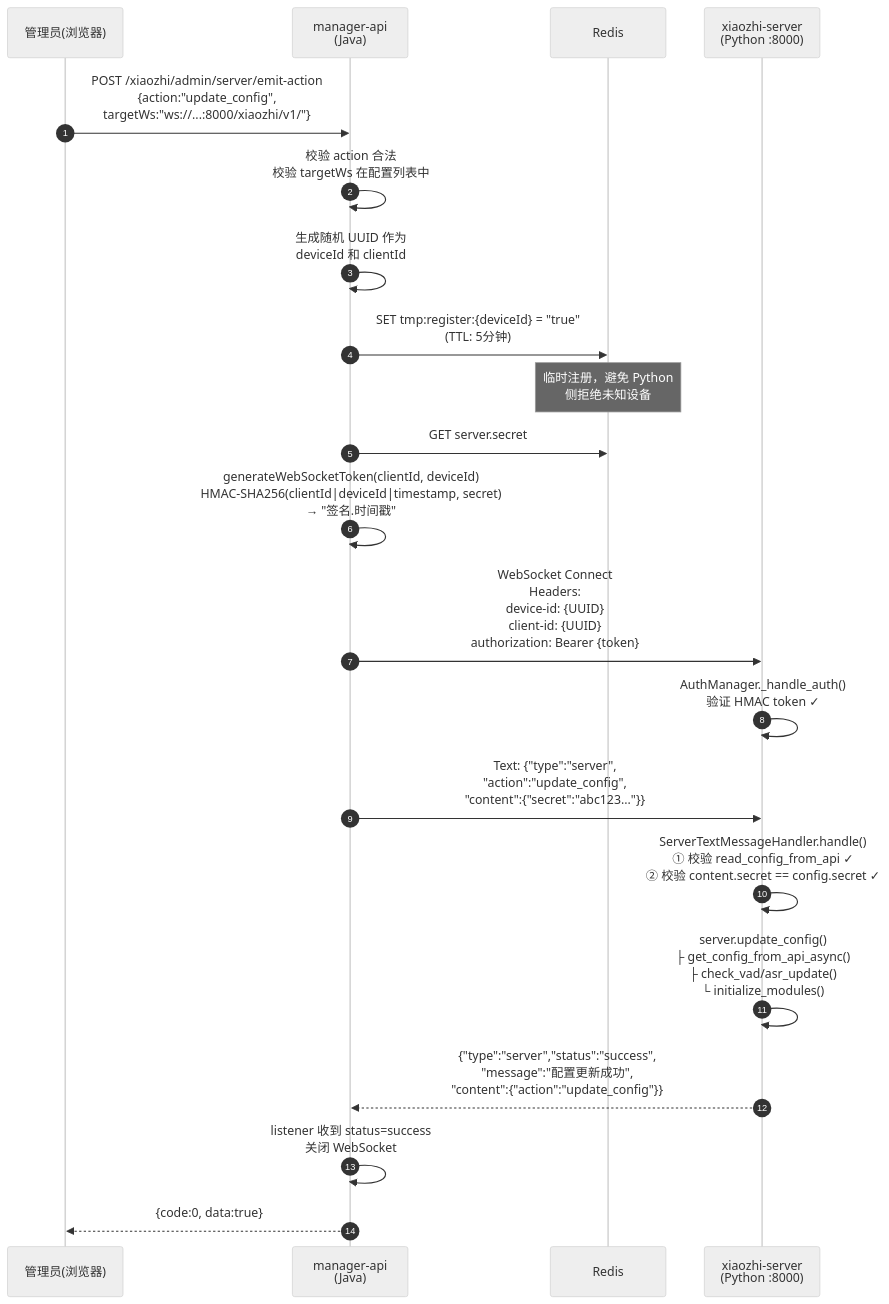
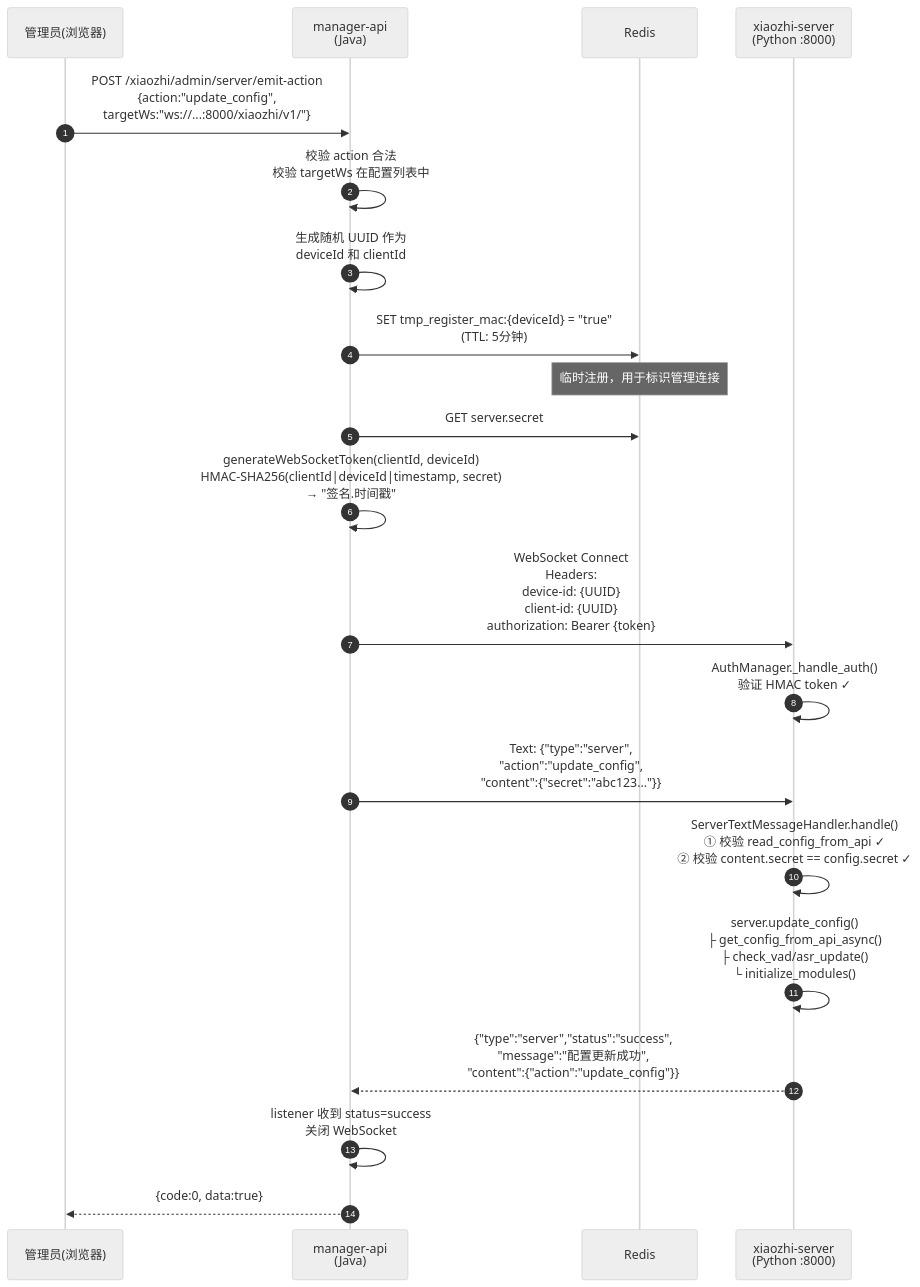
The third of 5 diagrams in AiAnalyzeDocs/xiaozhi-esp32-server/09-三条关键流程深入解析.md (latteratter-coder/xiaozhi-esp32-server), drawn with Mermaid (neutral theme) before and after one commit. The commit also changed other lines of this file and 16 other files, not shown here.

````diff
--- a/AiAnalyzeDocs/xiaozhi-esp32-server/09-三条关键流程深入解析.md
+++ b/AiAnalyzeDocs/xiaozhi-esp32-server/09-三条关键流程深入解析.md
@@ -397,36 +397,36 @@
 ```mermaid
 sequenceDiagram
     autonumber
     participant Admin as 管理员(浏览器)
     participant API as manager-api<br>(Java)
     participant Redis as Redis
     participant Python as xiaozhi-server<br>(Python :8000)
 
     Admin->>API: POST /xiaozhi/admin/server/emit-action<br>{action:"update_config",<br>targetWs:"ws://...:8000/xiaozhi/v1/"}
 
     API->>API: 校验 action 合法<br>校验 targetWs 在配置列表中
 
     API->>API: 生成随机 UUID 作为<br>deviceId 和 clientId
 
-    API->>Redis: SET tmp:register:{deviceId} = "true"<br>(TTL: 5分钟)
-    Note over Redis: 临时注册，避免 Python<br>侧拒绝未知设备
+    API->>Redis: SET tmp_register_mac:{deviceId} = "true"<br>(TTL: 5分钟)
+    Note over Redis: 临时注册，用于标识管理连接
 
     API->>Redis: GET server.secret
     API->>API: generateWebSocketToken(clientId, deviceId)<br>HMAC-SHA256(clientId|deviceId|timestamp, secret)<br>→ "签名.时间戳"
 
     API->>Python: WebSocket Connect<br>Headers:<br>device-id: {UUID}<br>client-id: {UUID}<br>authorization: Bearer {token}
 
     Python->>Python: AuthManager._handle_auth()<br>验证 HMAC token ✓
 
     API->>Python: Text: {"type":"server",<br>"action":"update_config",<br>"content":{"secret":"abc123..."}}
 
     Python->>Python: ServerTextMessageHandler.handle()<br>① 校验 read_config_from_api ✓<br>② 校验 content.secret == config.secret ✓
 
     Python->>Python: server.update_config()<br>├ get_config_from_api_async()<br>├ check_vad/asr_update()<br>└ initialize_modules()
 
     Python-->>API: {"type":"server","status":"success",<br>"message":"配置更新成功",<br>"content":{"action":"update_config"}}
 
     API->>API: listener 收到 status=success<br>关闭 WebSocket
 
     API-->>Admin: {code:0, data:true}
 ```
````
